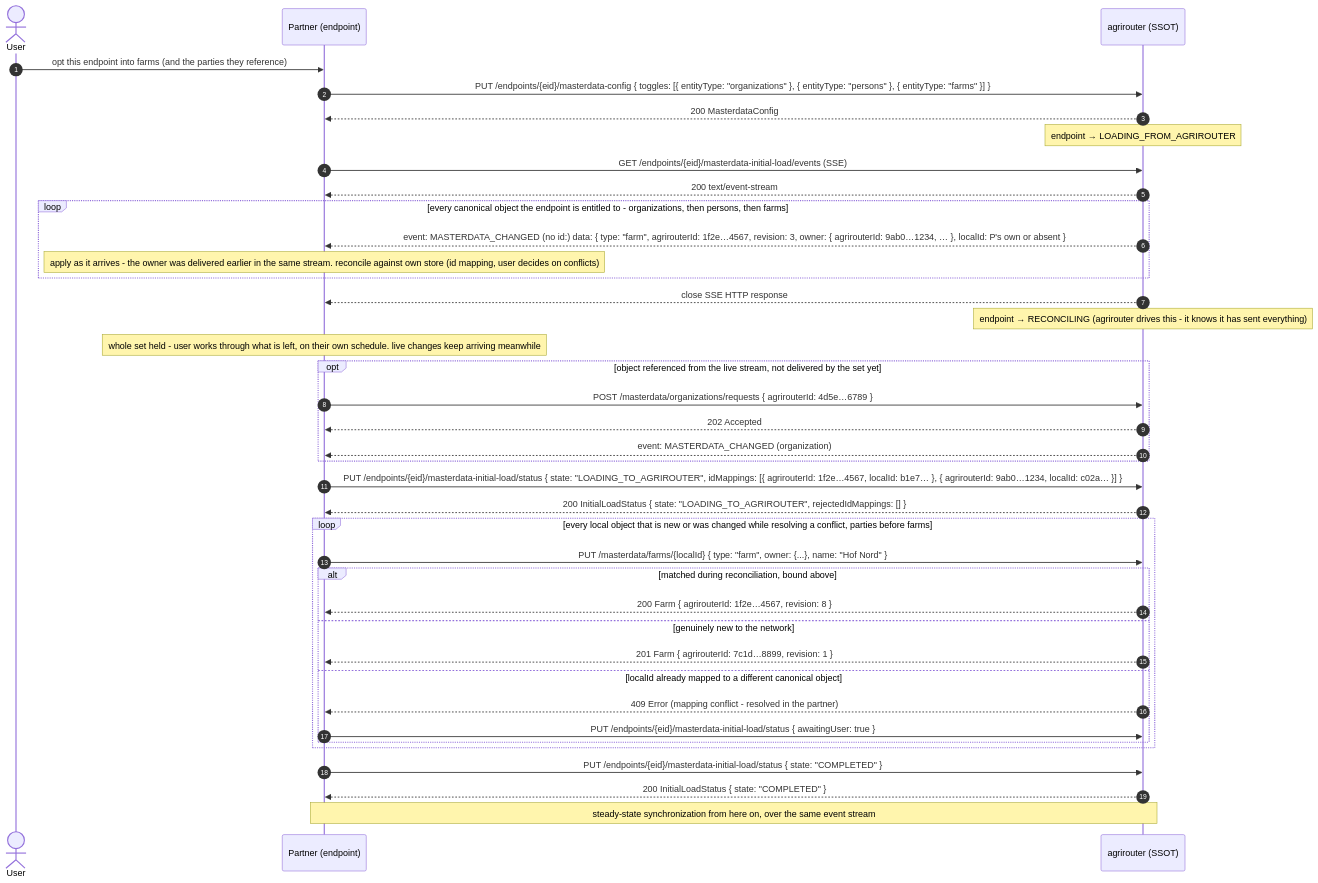
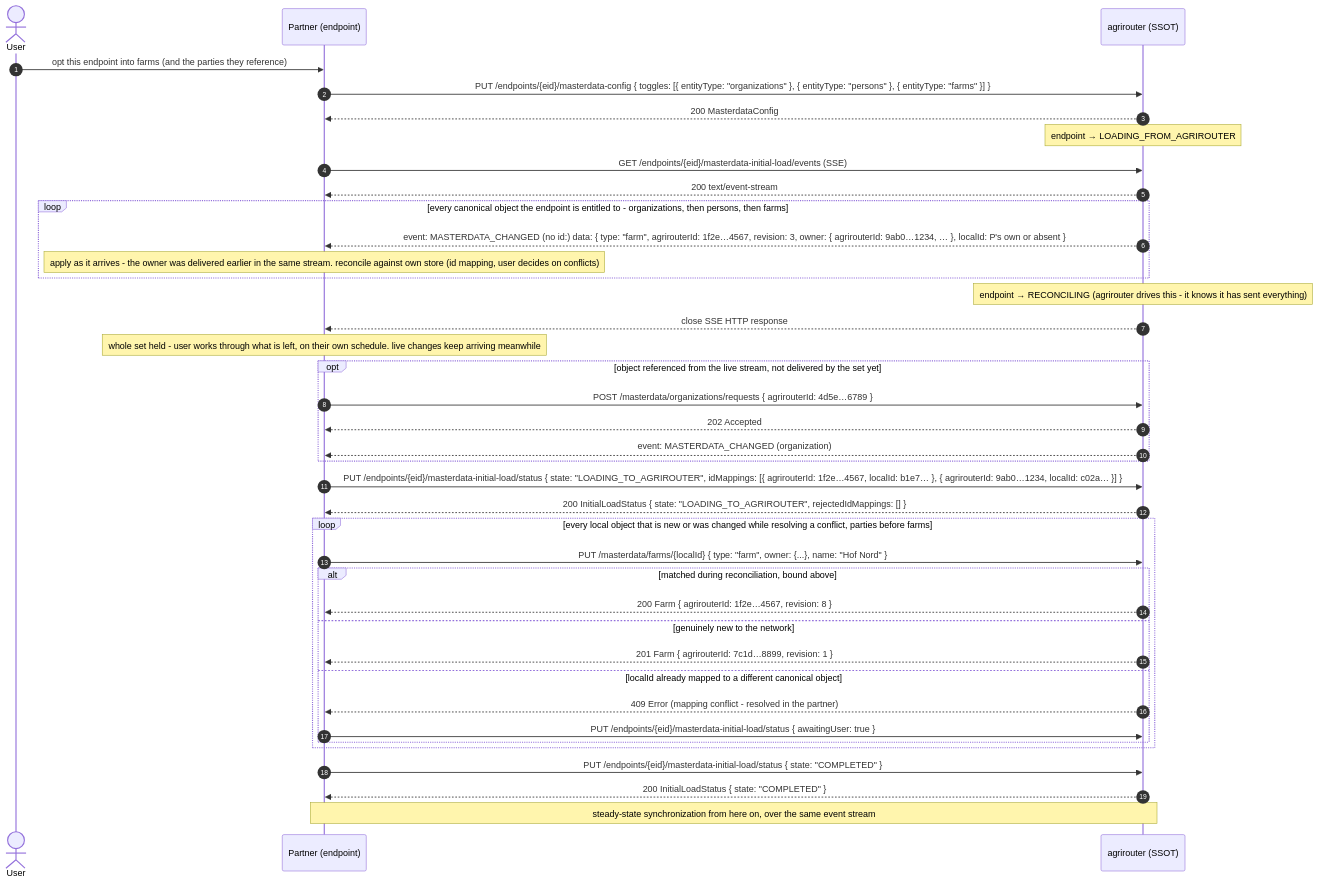
One commit to DKE-Data/masterdata-sync-working-group changed the second of 3 diagrams in architecture/06-initial-load.md. Above: the diagram before and after it, drawn with Mermaid. The commit also changed other lines of this file, not shown here.

````diff
--- a/architecture/06-initial-load.md
+++ b/architecture/06-initial-load.md
@@ -106,47 +106,47 @@
 ```mermaid
 %% ceasg:{"id":"8xpvwi5e"} %%
 sequenceDiagram
     autonumber
     actor U as User
     participant P as Partner (endpoint)
     participant AR as agrirouter (SSOT)
 
     U->>P: opt this endpoint into farms (and the parties they reference)
     P->>AR: PUT /endpoints/{eid}/masterdata-config { toggles: [{ entityType: "organizations" }, { entityType: "persons" }, { entityType: "farms" }] }
     AR-->>P: 200 MasterdataConfig
     Note over AR: endpoint → LOADING_FROM_AGRIROUTER
 
     P->>AR: GET /endpoints/{eid}/masterdata-initial-load/events (SSE)
     AR-->>P: 200 text/event-stream
     loop every canonical object the endpoint is entitled to - organizations, then persons, then farms
         AR-->>P: event: MASTERDATA_CHANGED (no id:) data: { type: "farm", agrirouterId: 1f2e…4567, revision: 3, owner: { agrirouterId: 9ab0…1234, … }, localId: P's own or absent }
         Note over P: apply as it arrives - the owner was delivered earlier in the same stream. reconcile against own store (id mapping, user decides on conflicts)
     end
+    Note over AR: endpoint → RECONCILING (agrirouter drives this - it knows it has sent everything)
     AR-->>P: close SSE HTTP response
-    Note over AR: endpoint → RECONCILING (agrirouter drives this - it knows it has sent everything)
     Note over P: whole set held - user works through what is left, on their own schedule. live changes keep arriving meanwhile
     opt object referenced from the live stream, not delivered by the set yet
         P->>AR: POST /masterdata/organizations/requests { agrirouterId: 4d5e…6789 }
         AR-->>P: 202 Accepted
         AR-->>P: event: MASTERDATA_CHANGED (organization)
     end
 
     P->>AR: PUT /endpoints/{eid}/masterdata-initial-load/status { state: "LOADING_TO_AGRIROUTER", idMappings: [{ agrirouterId: 1f2e…4567, localId: b1e7… }, { agrirouterId: 9ab0…1234, localId: c02a… }] }
     AR-->>P: 200 InitialLoadStatus { state: "LOADING_TO_AGRIROUTER", rejectedIdMappings: [] }
 
     loop every local object that is new or was changed while resolving a conflict, parties before farms
         P->>AR: PUT /masterdata/farms/{localId} { type: "farm", owner: {...}, name: "Hof Nord" }
         alt matched during reconciliation, bound above
             AR-->>P: 200 Farm { agrirouterId: 1f2e…4567, revision: 8 }
         else genuinely new to the network
             AR-->>P: 201 Farm { agrirouterId: 7c1d…8899, revision: 1 }
         else localId already mapped to a different canonical object
             AR-->>P: 409 Error (mapping conflict - resolved in the partner)
             P->>AR: PUT /endpoints/{eid}/masterdata-initial-load/status { awaitingUser: true }
         end
     end
 
     P->>AR: PUT /endpoints/{eid}/masterdata-initial-load/status { state: "COMPLETED" }
     AR-->>P: 200 InitialLoadStatus { state: "COMPLETED" }
     Note over P,AR: steady-state synchronization from here on, over the same event stream
 ```
````
